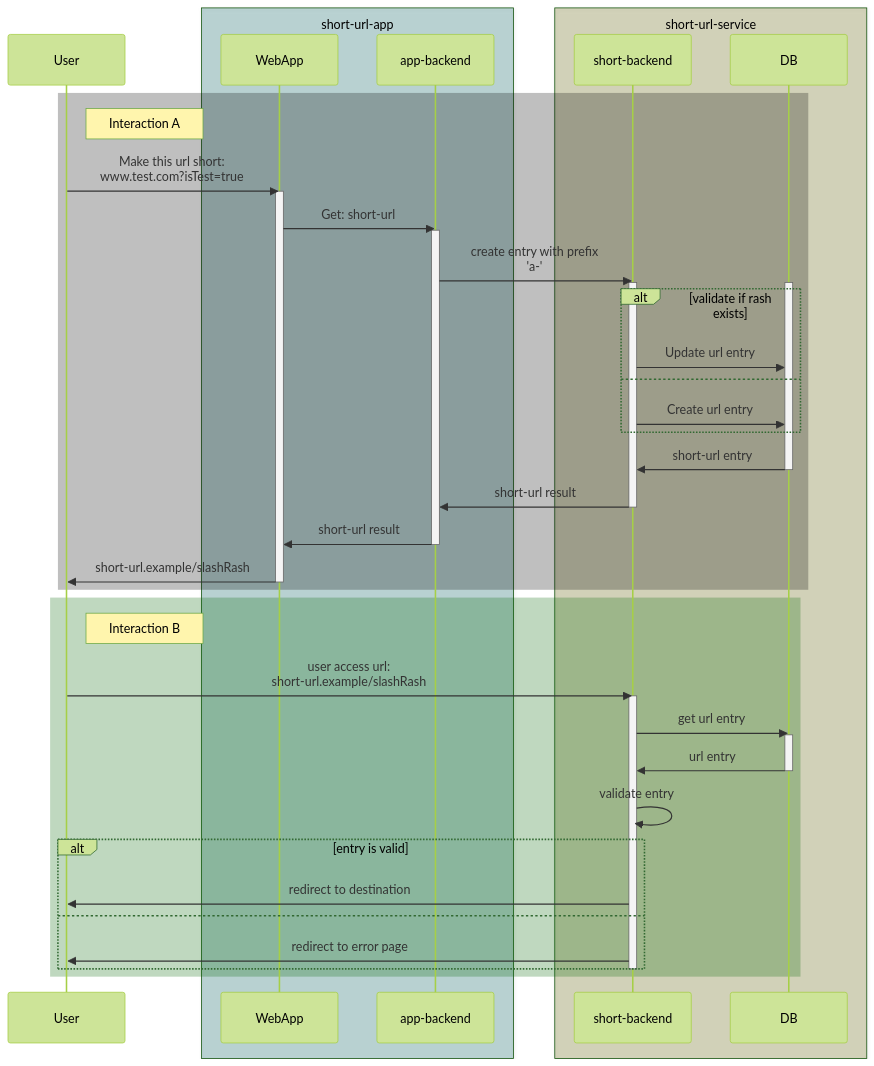
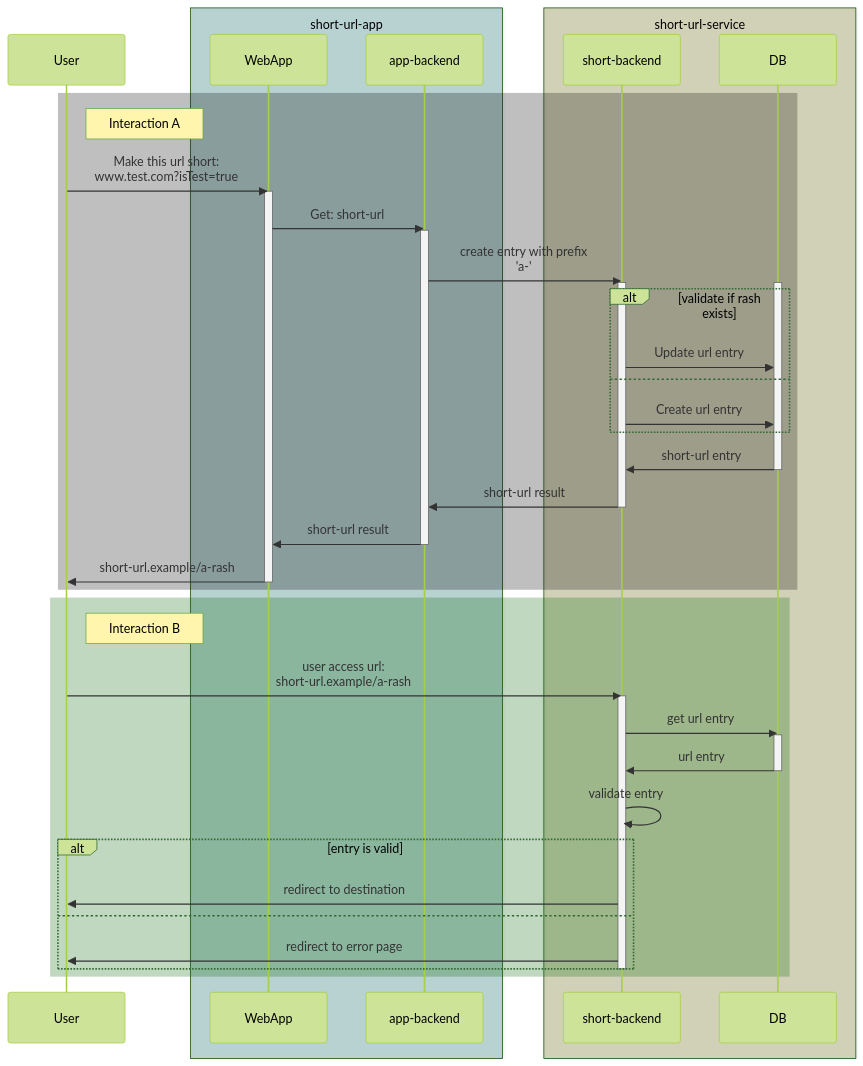
The diagram in doc/sequence.md (vzsoares/shortener), drawn with Mermaid (forest theme) before and after one commit.

Commit message:
chr: enh doc

````diff
--- a/doc/sequence.md
+++ b/doc/sequence.md
@@ -1,52 +1,52 @@
 ```mermaid
 sequenceDiagram
 
 participant u as User
 box rgba(0,100,100,0.25) short-url-app
 participant w as WebApp
 participant b as app-backend
 end
 box rgba(100,100,0,0.25) short-url-service
 participant s as short-backend
 participant d as DB
 end
 rect rgba(0,0,0,0.25)
 note right of u: Interaction A
     u->>w: Make this url short:<br/> www.test.com?isTest=true
     activate w
     w->>b: Get: short-url
     activate b
     b->>s: create entry with prefix<br/>'a-'
     activate s
     activate d
     alt validate if rash exists
         s->>d: Update url entry
     else
         s->>d: Create url entry
     end
     d->>s: short-url entry
     deactivate d
     s->>b: short-url result
     deactivate s
     b->>w: short-url result
     deactivate b
-    w->>u: short-url.example/slashRash
+    w->>u: short-url.example/a-rash
     deactivate w
 end
 rect rgba(0,100,0,0.25)
 note right of u: Interaction B
-    u->>s: user access url:<br/>short-url.example/slashRash
+    u->>s: user access url:<br/>short-url.example/a-rash
     activate s
     s->>d: get url entry
     activate d
     d->>s: url entry
     deactivate d
     s->>s: validate entry
     alt entry is valid
         s->>u: redirect to destination
     else
         s->>u: redirect to error page
     end
     deactivate s
 end
 ```
````
